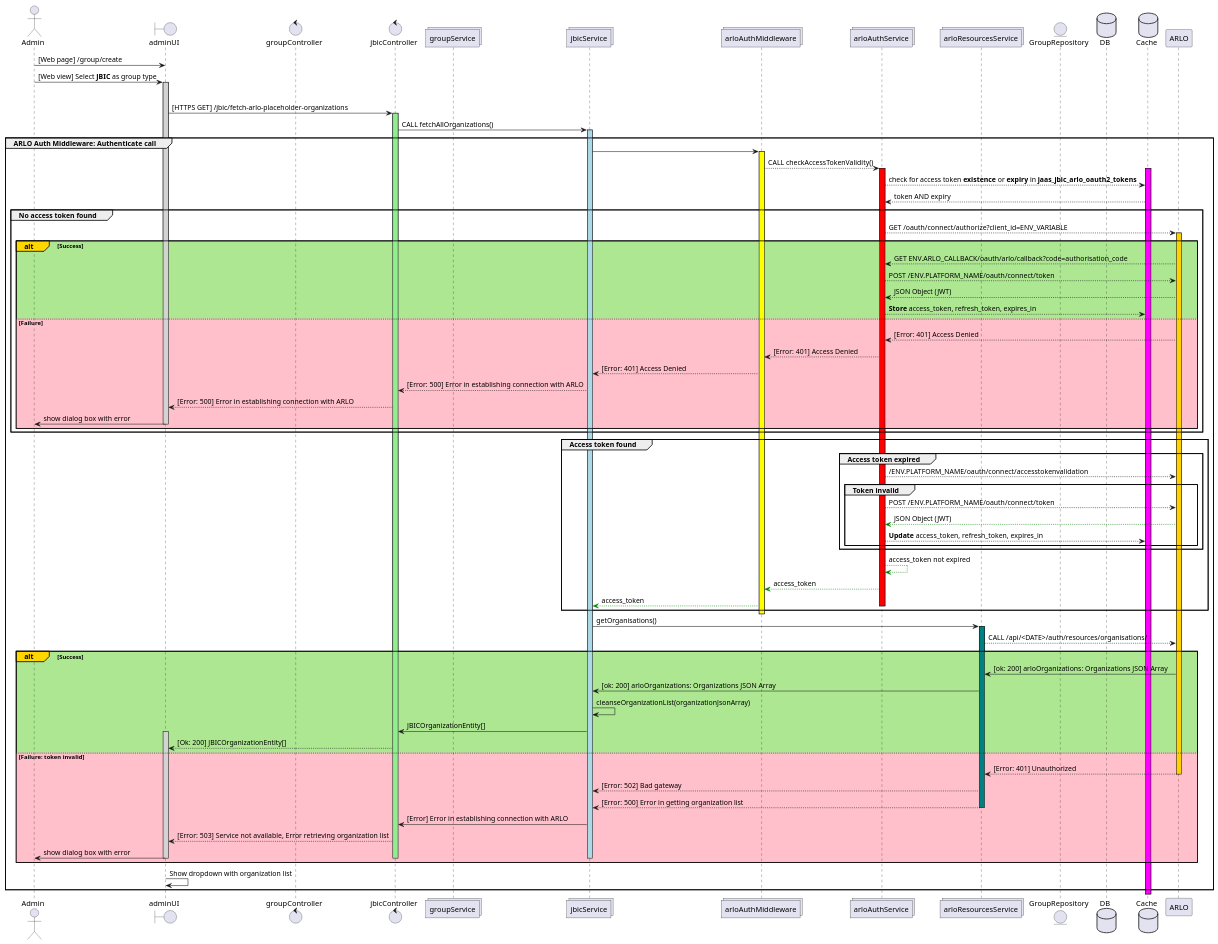
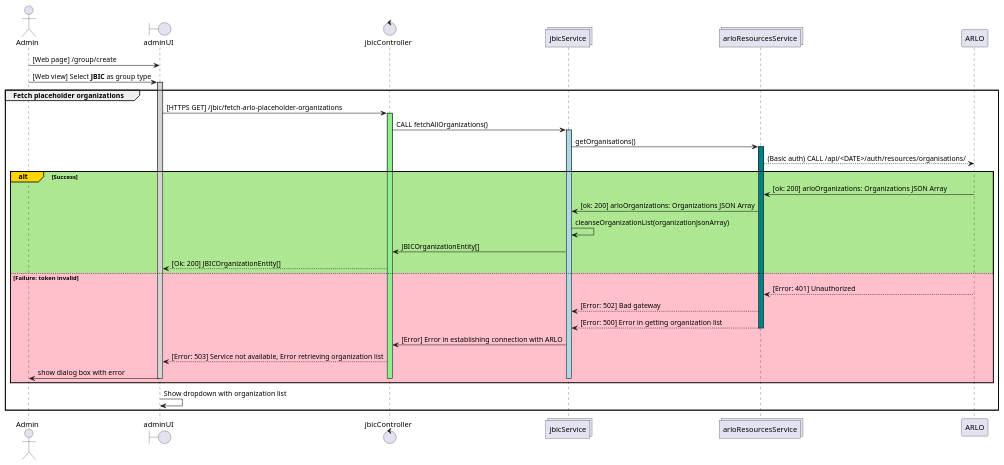
One commit to rajsaha/sequenceDiagrams changed the diagram in getOrgList.puml. Above: the diagram before and after it, drawn with PlantUML. The commit also changed 4 other files, not shown here.

```diff
--- a/getOrgList.puml
+++ b/getOrgList.puml
@@ -1,103 +1,50 @@
 @startuml
 actor       Admin             as admin
 boundary    adminUI           as adminUI
-control     groupController   as groupController
 control     jbicController    as jbicController
-collections groupService      as groupService
 collections jbicService      as jbicService
-collections arloAuthMiddleware as arloAuthMiddleware
-collections arloAuthService  as arloAuthService
 collections arloResourcesService as arloResourcesService
-entity      GroupRepository       as GroupRepository
-database    DB                as DB
-database    Cache                as Cache
 participant ARLO              as ARLO
 
 admin -> adminUI: [Web page] /group/create
 admin -> adminUI: [Web view] Select **JBIC** as group type
 
 group Fetch placeholder organizations
 activate adminUI #lightgrey
 adminUI -> jbicController: [HTTPS GET] /jbic/fetch-arlo-placeholder-organizations
 activate jbicController #lightgreen
 jbicController -> jbicService: CALL fetchAllOrganizations()
 
 activate jbicService #lightblue
-group ARLO Auth Middleware: Authenticate call
-jbicService -> arloAuthMiddleware
 
-activate arloAuthMiddleware #yellow
-arloAuthMiddleware --> arloAuthService: CALL checkAccessTokenValidity()
-activate arloAuthService #red
-activate Cache #magenta
-arloAuthService --> Cache: check for access token **existence** or **expiry** in **jaas_jbic_arlo_oauth2_tokens**
 
-Cache --> arloAuthService: token AND expiry
-
-group No access token found
-arloAuthService --> ARLO: GET /oauth/connect/authorize?client_id=ENV_VARIABLE
-alt#Gold #ADE792 Success
-activate ARLO #FFD100
-ARLO --> arloAuthService: GET ENV.ARLO_CALLBACK/oauth/arlo/callback?code=authorisation_code
-arloAuthService --> ARLO: POST /ENV.PLATFORM_NAME/oauth/connect/token
-ARLO --> arloAuthService: JSON Object (JWT)
-arloAuthService --> Cache: **Store** access_token, refresh_token, expires_in
-
-else #pink Failure
-ARLO --> arloAuthService: [Error: 401] Access Denied
-arloAuthService --> arloAuthMiddleware: [Error: 401] Access Denied
-arloAuthMiddleware --> jbicService: [Error: 401] Access Denied
-jbicService --> jbicController: [Error: 500] Error in establishing connection with ARLO
-jbicController --> adminUI: [Error: 500] Error in establishing connection with ARLO
-adminUI -> admin : show dialog box with error
-deactivate adminUI
-end
-end
-
-group Access token found
-group Access token expired
-arloAuthService --> ARLO: /ENV.PLATFORM_NAME/oauth/connect/accesstokenvalidation
-group Token invalid
-arloAuthService --> ARLO: POST /ENV.PLATFORM_NAME/oauth/connect/token
-ARLO --[#green]> arloAuthService: JSON Object (JWT)
-arloAuthService --> Cache: **Update** access_token, refresh_token, expires_in
-
-end
-end
-arloAuthService --[#green]> arloAuthService: access_token not expired
-arloAuthService --[#green]> arloAuthMiddleware: access_token
-arloAuthMiddleware --[#green]> jbicService: access_token
-deactivate arloAuthService
-end
-
-deactivate arloAuthMiddleware
 jbicService -> arloResourcesService: getOrganisations()
 activate arloResourcesService #teal
-arloResourcesService --> ARLO: CALL /api/<DATE>/auth/resources/organisations/
+arloResourcesService --> ARLO: (Basic auth) CALL /api/<DATE>/auth/resources/organisations/
 alt#Gold #ADE792 Success
 ARLO -> arloResourcesService : [ok: 200] arloOrganizations: Organizations JSON Array
 arloResourcesService -> jbicService : [ok: 200] arloOrganizations: Organizations JSON Array
 jbicService -> jbicService : cleanseOrganizationList(organizationJsonArray)
 jbicService -> jbicController : JBICOrganizationEntity[]
-activate adminUI #lightgrey
+
 jbicController --> adminUI : [Ok: 200] JBICOrganizationEntity[]
 else #pink Failure: token invalid
 ARLO --> arloResourcesService: [Error: 401] Unauthorized
 deactivate ARLO
 arloResourcesService --> jbicService: [Error: 502] Bad gateway
 arloResourcesService --> jbicService: [Error: 500] Error in getting organization list
 deactivate arloResourcesService
 jbicService -> jbicController: [Error] Error in establishing connection with ARLO
 jbicController --> adminUI : [Error: 503] Service not available, Error retrieving organization list
 adminUI -> admin : show dialog box with error
 
 deactivate ARLO
 deactivate jbicService
 deactivate jbicController
 deactivate adminUI
 end
 
 adminUI -> adminUI: Show dropdown with organization list
 end
 
 @enduml
```
